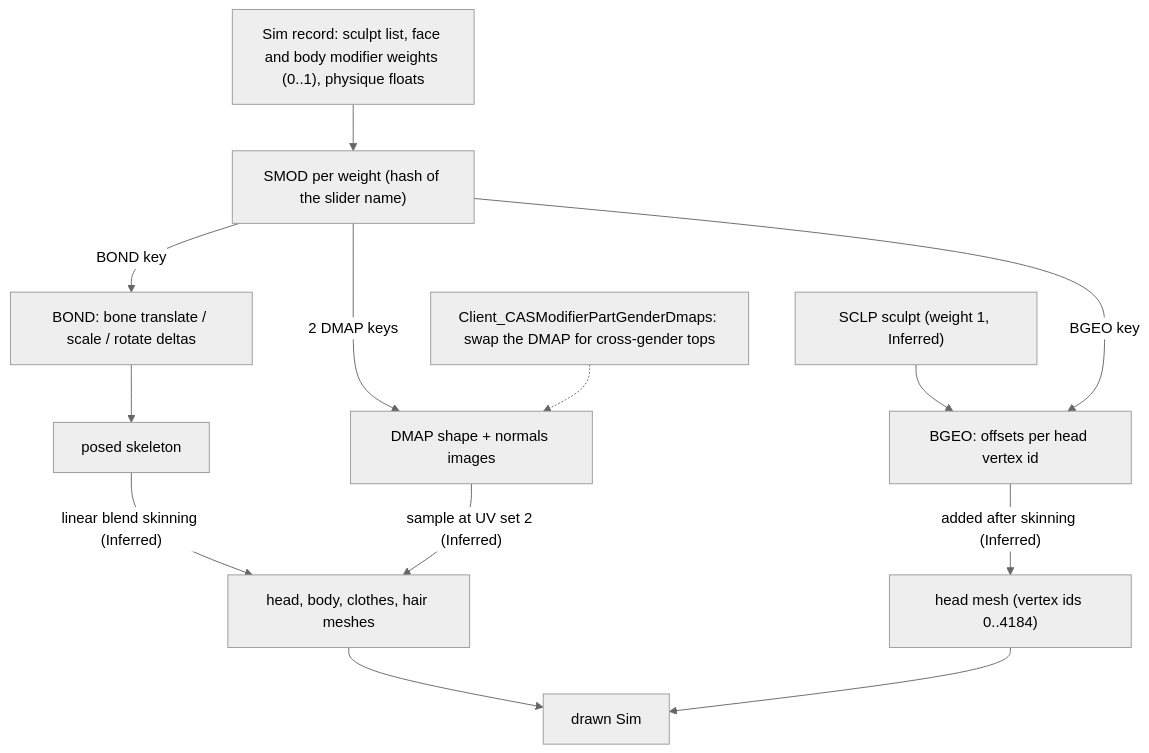
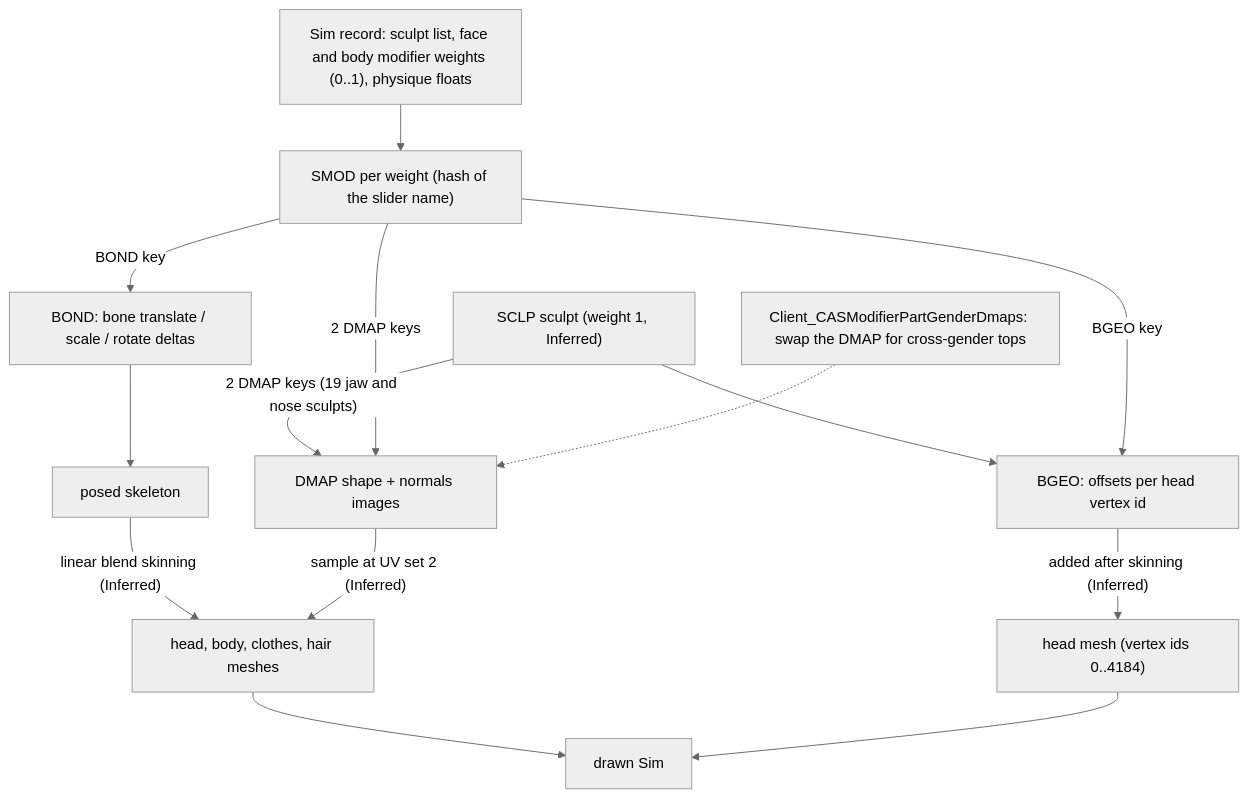
Before and after one commit to sudo-ezekiel/how-the-sims-4-works: the diagram in src/3.02-cas-sculpting-parts.md, drawn with Mermaid (neutral theme). The commit also changed other lines of this file and 60 other files, not shown here.

````diff
--- a/src/3.02-cas-sculpting-parts.md
+++ b/src/3.02-cas-sculpting-parts.md
@@ -35,15 +35,16 @@
 ```mermaid
 flowchart TD
   SI["Sim record: sculpt list, face and body modifier weights (0..1), physique floats"] --> SM["SMOD per weight (hash of the slider name)"]
   SC["SCLP sculpt (weight 1, Inferred)"] --> BG
+  SC -->|"2 DMAP keys (19 jaw and nose sculpts)"| DM
   SM -->|BGEO key| BG["BGEO: offsets per head vertex id"]
   SM -->|BOND key| BO["BOND: bone translate / scale / rotate deltas"]
   SM -->|2 DMAP keys| DM["DMAP shape + normals images"]
   PT["Client_CASModifierPartGenderDmaps: swap the DMAP for cross-gender tops"] -.-> DM
   BO --> SK["posed skeleton"]
   SK -->|"linear blend skinning (Inferred)"| MESH["head, body, clothes, hair meshes"]
   DM -->|"sample at UV set 2 (Inferred)"| MESH
   BG -->|"added after skinning (Inferred)"| HEAD["head mesh (vertex ids 0..4184)"]
   MESH --> OUT["drawn Sim"]
   HEAD --> OUT
 ```
````
